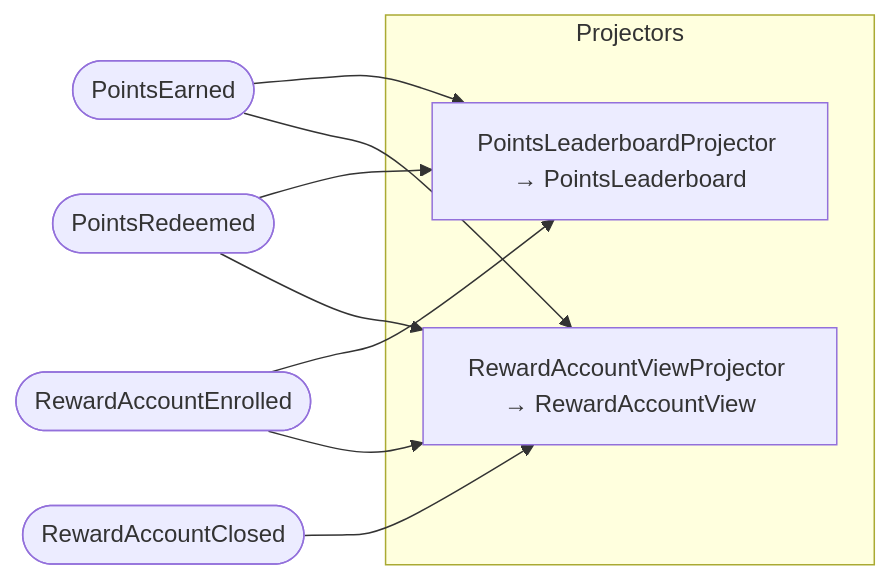
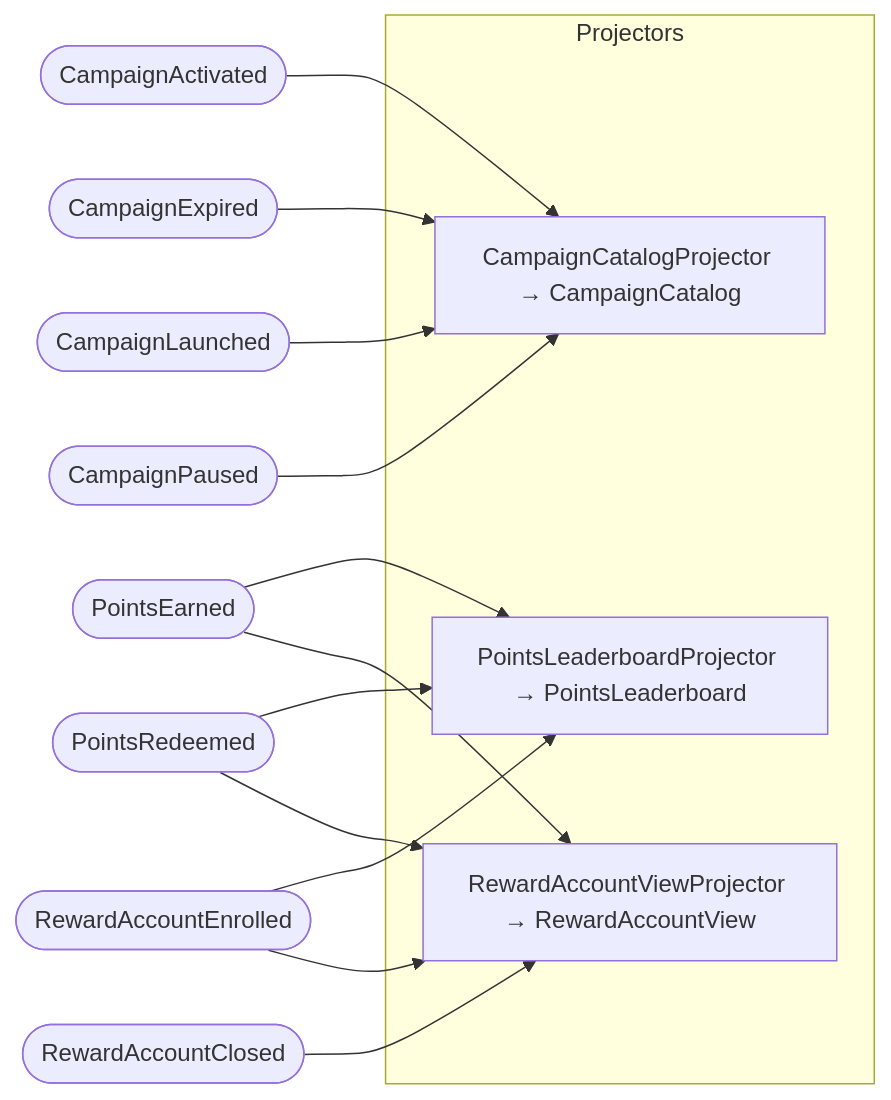
The fourth of 4 diagrams in docs/loyalty/event-flows.md (proteanhq/shopstream), drawn with Mermaid before and after one commit. The commit also changed other lines of this file and 15 other files, not shown here.

First line of the commit message:
loyalty: wire up PromoCampaign + active-campaign points multiplier (Phase 2) (#14)

````diff
--- a/docs/loyalty/event-flows.md
+++ b/docs/loyalty/event-flows.md
@@ -58,18 +68,27 @@
 ```mermaid
 flowchart LR
+    evt_loyalty_campaign_events_CampaignActivated([CampaignActivated])
+    evt_loyalty_campaign_events_CampaignExpired([CampaignExpired])
+    evt_loyalty_campaign_events_CampaignLaunched([CampaignLaunched])
+    evt_loyalty_campaign_events_CampaignPaused([CampaignPaused])
     evt_loyalty_reward_events_PointsEarned([PointsEarned])
     evt_loyalty_reward_events_PointsRedeemed([PointsRedeemed])
     evt_loyalty_reward_events_RewardAccountClosed([RewardAccountClosed])
     evt_loyalty_reward_events_RewardAccountEnrolled([RewardAccountEnrolled])
     subgraph projectors["Projectors"]
+        proj_loyalty_projections_campaign_catalog_CampaignCatalogProjector[CampaignCatalogProjector → CampaignCatalog]
         proj_loyalty_projections_points_leaderboard_PointsLeaderboardProjector[PointsLeaderboardProjector → PointsLeaderboard]
         proj_loyalty_projections_reward_account_view_RewardAccountViewProjector[RewardAccountViewProjector → RewardAccountView]
     end
+    evt_loyalty_campaign_events_CampaignActivated --> proj_loyalty_projections_campaign_catalog_CampaignCatalogProjector
+    evt_loyalty_campaign_events_CampaignExpired --> proj_loyalty_projections_campaign_catalog_CampaignCatalogProjector
+    evt_loyalty_campaign_events_CampaignLaunched --> proj_loyalty_projections_campaign_catalog_CampaignCatalogProjector
+    evt_loyalty_campaign_events_CampaignPaused --> proj_loyalty_projections_campaign_catalog_CampaignCatalogProjector
     evt_loyalty_reward_events_PointsEarned --> proj_loyalty_projections_points_leaderboard_PointsLeaderboardProjector
     evt_loyalty_reward_events_PointsRedeemed --> proj_loyalty_projections_points_leaderboard_PointsLeaderboardProjector
     evt_loyalty_reward_events_RewardAccountEnrolled --> proj_loyalty_projections_points_leaderboard_PointsLeaderboardProjector
     evt_loyalty_reward_events_PointsEarned --> proj_loyalty_projections_reward_account_view_RewardAccountViewProjector
     evt_loyalty_reward_events_PointsRedeemed --> proj_loyalty_projections_reward_account_view_RewardAccountViewProjector
     evt_loyalty_reward_events_RewardAccountClosed --> proj_loyalty_projections_reward_account_view_RewardAccountViewProjector
     evt_loyalty_reward_events_RewardAccountEnrolled --> proj_loyalty_projections_reward_account_view_RewardAccountViewProjector
 ```
````
